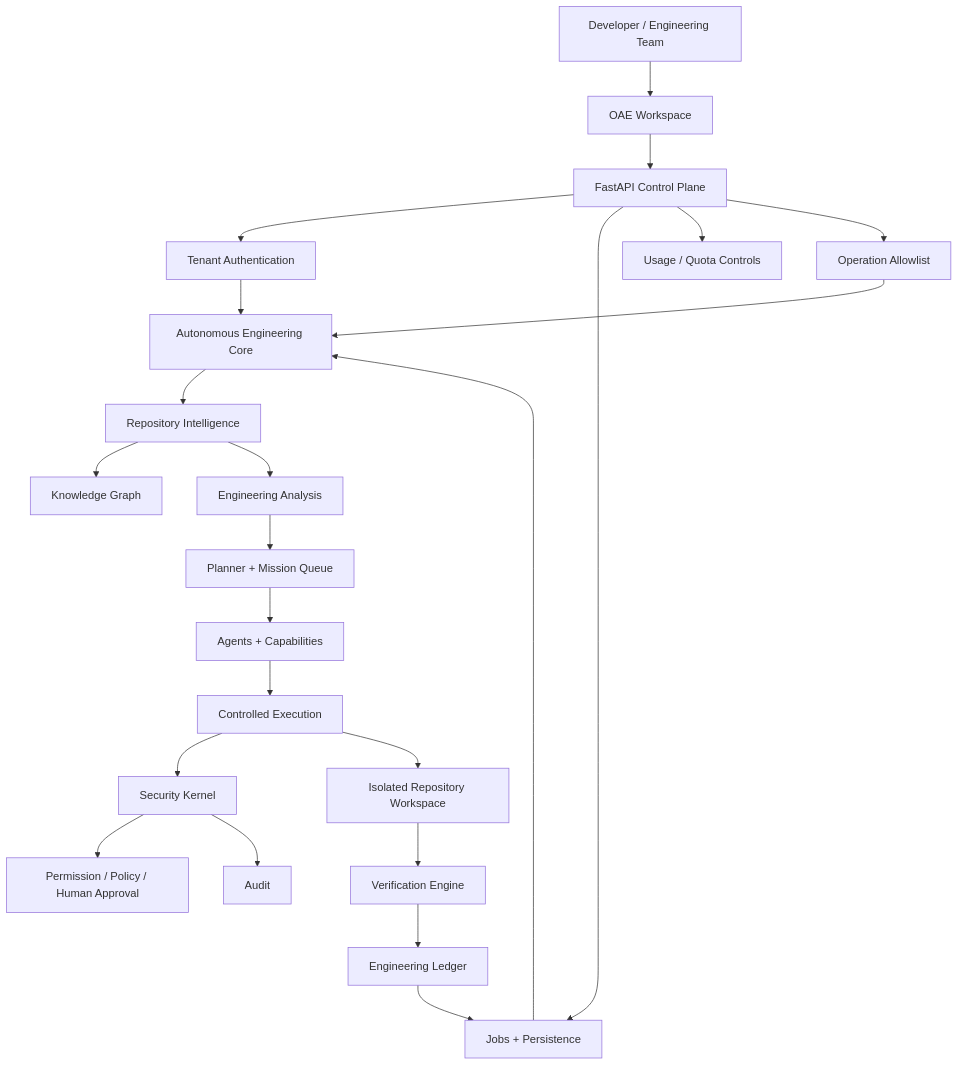
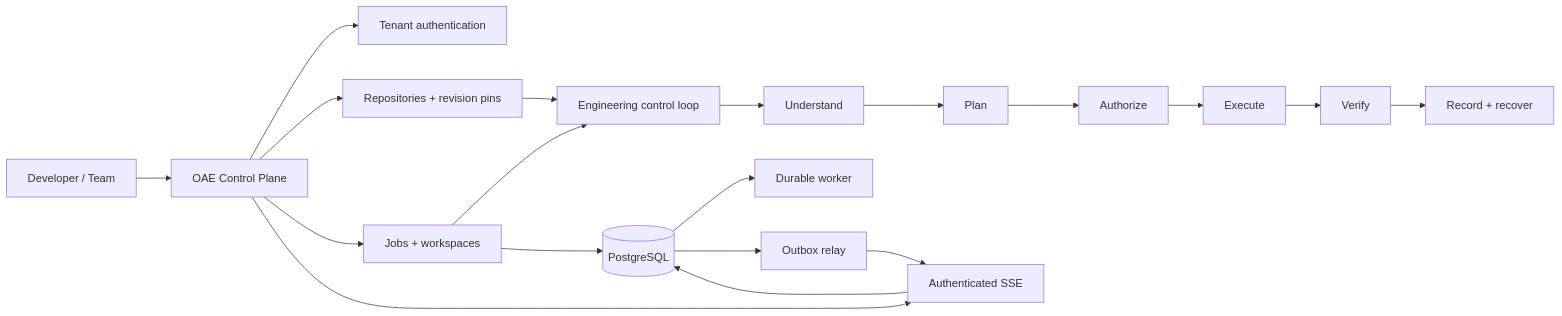
The diagram in README.md (Olori24/oae-core), drawn with Mermaid before and after one commit. The commit also changed other lines of this file, not shown here.

Commit message:
docs: elevate OAE developer README

````diff
--- a/README.md
+++ b/README.md
@@ -127,31 +72,23 @@
 ```mermaid
-graph TB
-    USER[Developer / Engineering Team]
-    USER --> UX[OAE Workspace]
-    UX --> API[FastAPI Control Plane]
+flowchart LR
+    Developer[Developer / Team] --> Control[OAE Control Plane]
+    Control --> Auth[Tenant authentication]
+    Control --> Repo[Repositories + revision pins]
+    Control --> Jobs[Jobs + workspaces]
+    Control --> Events[Authenticated SSE]
 
-    API --> AUTH[Tenant Authentication]
-    API --> JOBS[Jobs + Persistence]
-    API --> QUOTA[Usage / Quota Controls]
-    API --> ALLOW[Operation Allowlist]
+    Repo --> Engineering[Engineering control loop]
+    Jobs --> Engineering
+    Engineering --> Understand[Understand]
+    Understand --> Plan[Plan]
+    Plan --> Authorize[Authorize]
+    Authorize --> Execute[Execute]
+    Execute --> Verify[Verify]
+    Verify --> Record[Record + recover]
 
-    AUTH --> CORE[Autonomous Engineering Core]
-    JOBS --> CORE
-    ALLOW --> CORE
-
-    CORE --> INTEL[Repository Intelligence]
-    INTEL --> GRAPH[Knowledge Graph]
-    INTEL --> ANALYSIS[Engineering Analysis]
-    ANALYSIS --> PLAN[Planner + Mission Queue]
-    PLAN --> AGENTS[Agents + Capabilities]
-    AGENTS --> EXEC[Controlled Execution]
-
-    EXEC --> SEC[Security Kernel]
-    SEC --> APPROVAL[Permission / Policy / Human Approval]
-    SEC --> AUDIT[Audit]
-
-    EXEC --> WORKTREE[Isolated Repository Workspace]
-    WORKTREE --> VERIFY[Verification Engine]
-    VERIFY --> LEDGER[Engineering Ledger]
-    LEDGER --> JOBS
+    Jobs --> DB[(PostgreSQL)]
+    Events --> DB
+    DB --> Worker[Durable worker]
+    DB --> Relay[Outbox relay]
+    Relay --> Events
 ```
````
